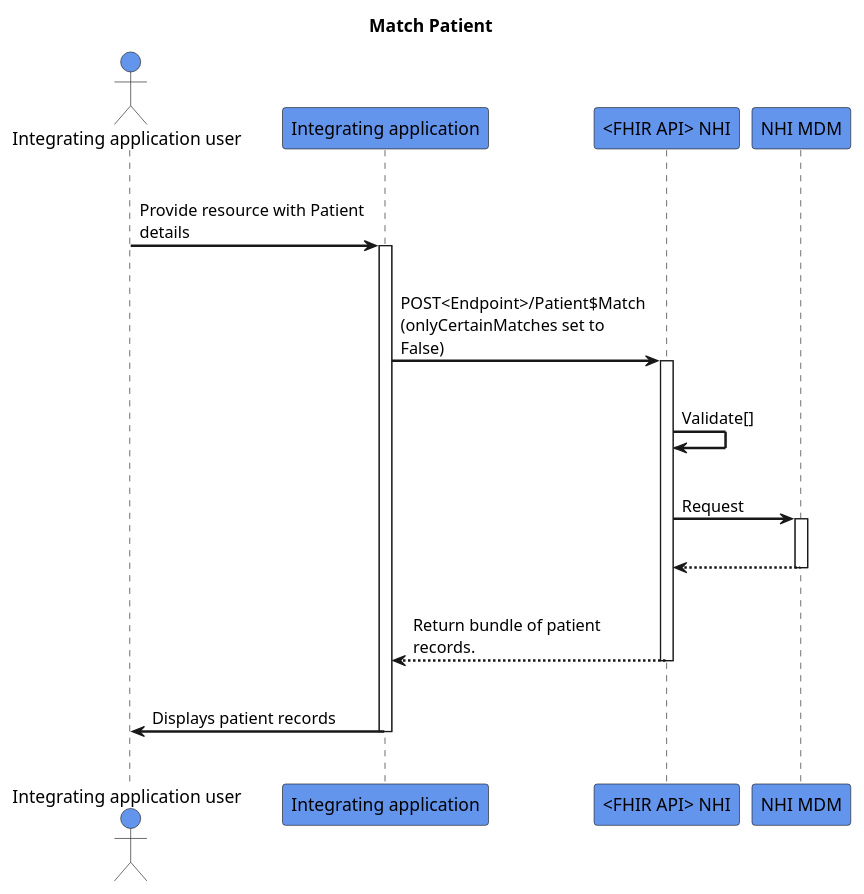
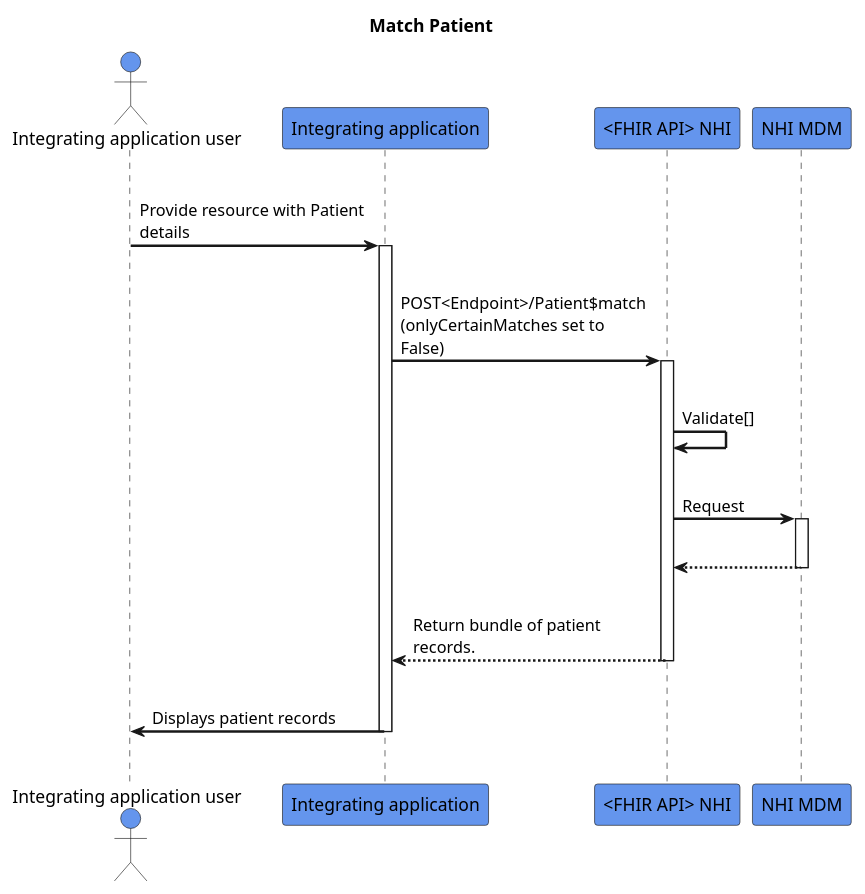
Before and after one commit to HL7NZ/nhi: the diagram in input/images-source/match-patient.plantuml, drawn with PlantUML.

```diff
--- a/input/images-source/match-patient.plantuml
+++ b/input/images-source/match-patient.plantuml
@@ -1,33 +1,33 @@
 @startuml
 skinparam sequenceArrowThickness 2
 skinparam roundcorner 5
 skinparam maxmessagesize 180
 skinparam sequenceParticipant bold
 title Match Patient
 actor "Integrating application user" as User #CornflowerBlue
 participant "Integrating application" as A #CornflowerBlue
 participant "<FHIR API> NHI" as B #CornflowerBlue
 participant "NHI MDM" as C #CornflowerBlue
 |||
 User -> A: Provide resource with Patient details
 activate A
 |||
-A -> B: POST<Endpoint>/Patient$Match (onlyCertainMatches set to False)
+A -> B: POST<Endpoint>/Patient$match (onlyCertainMatches set to False)
 activate B
 |||
 B -> B: Validate[]
 |||
 B -> C: Request
 activate C
 |||
 
 C -[dashed]-> B:  
 deactivate C
 |||
 B -[dashed]-> A :Return bundle of patient records.
 deactivate B
 |||
 A -> User: Displays patient records
 deactivate A
 |||
 @enduml
```
